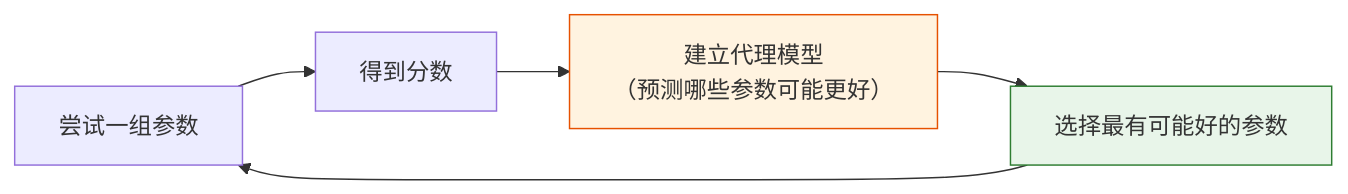
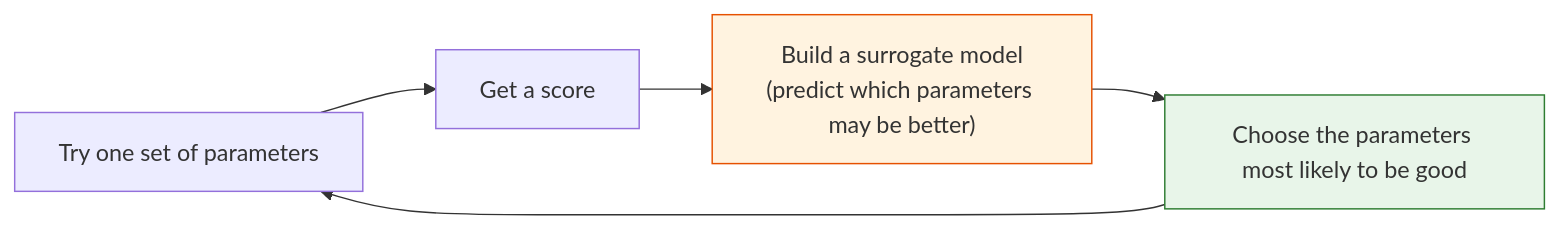
One commit to oudbiao/AI-fullstack-course changed the second of 3 diagrams in docs/ch05-machine-learning/ch04-evaluation/04-hyperparameter-tuning.md. Above: the diagram before and after it, drawn with Mermaid. The commit also changed other lines of this file and 1406 other files, not shown here.

````diff
--- a/docs/ch05-machine-learning/ch04-evaluation/04-hyperparameter-tuning.md
+++ b/docs/ch05-machine-learning/ch04-evaluation/04-hyperparameter-tuning.md
@@ -295,10 +295,10 @@
 ```mermaid
 flowchart LR
-    A["尝试一组参数"] --> B["得到分数"]
-    B --> C["建立代理模型<br/>（预测哪些参数可能更好）"]
-    C --> D["选择最有可能好的参数"]
+    A["Try one set of parameters"] --> B["Get a score"]
+    B --> C["Build a surrogate model<br/>(predict which parameters may be better)"]
+    C --> D["Choose the parameters most likely to be good"]
     D --> A
 
     style C fill:#fff3e0,stroke:#e65100,color:#333
     style D fill:#e8f5e9,stroke:#2e7d32,color:#333
 ```
````
